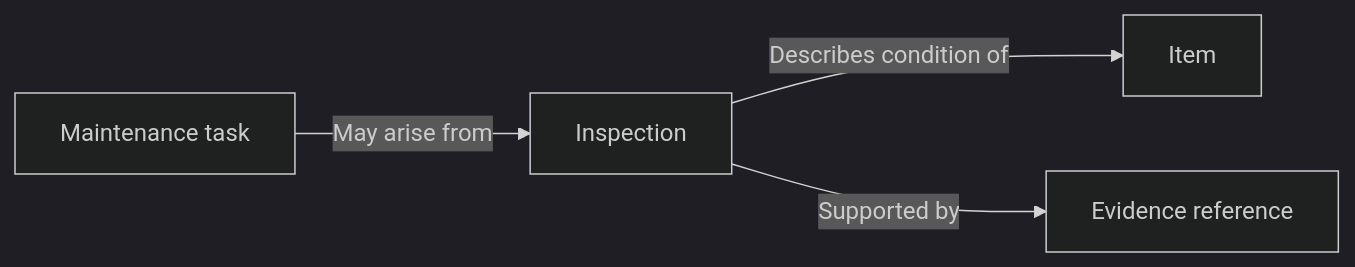
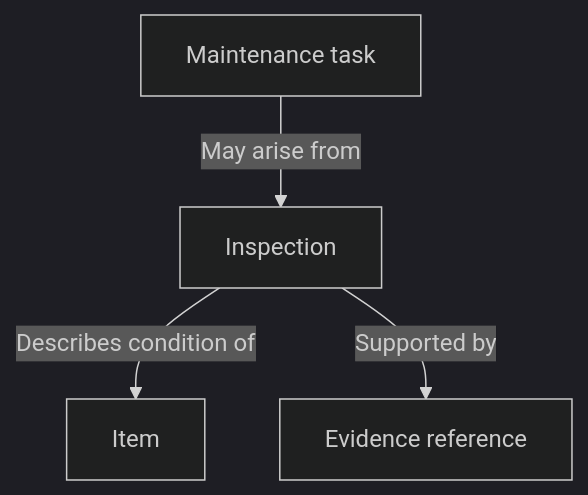
The second of 2 diagrams in skills/project-docs/references/worked-example.md (jonasferagen/agent-skills), drawn with Mermaid (dark theme) before and after one commit. The commit also changed other lines of this file and 14 other files, not shown here.

Commit message:
Reconcile skill package conventions and diagram examples

````diff
--- a/skills/project-docs/references/worked-example.md
+++ b/skills/project-docs/references/worked-example.md
@@ -34,6 +34,6 @@
 ```mermaid
-flowchart LR
-  Inspection[Inspection] -->|Describes condition of| Item[Item]
-  Inspection -->|Supported by| Evidence[Evidence reference]
-  Task[Maintenance task] -->|May arise from| Inspection
+flowchart TB
+  Inspection["Inspection"] -->|Describes condition of| Item["Item"]
+  Inspection -->|Supported by| Evidence["Evidence reference"]
+  Task["Maintenance task"] -->|May arise from| Inspection
 ```
````
